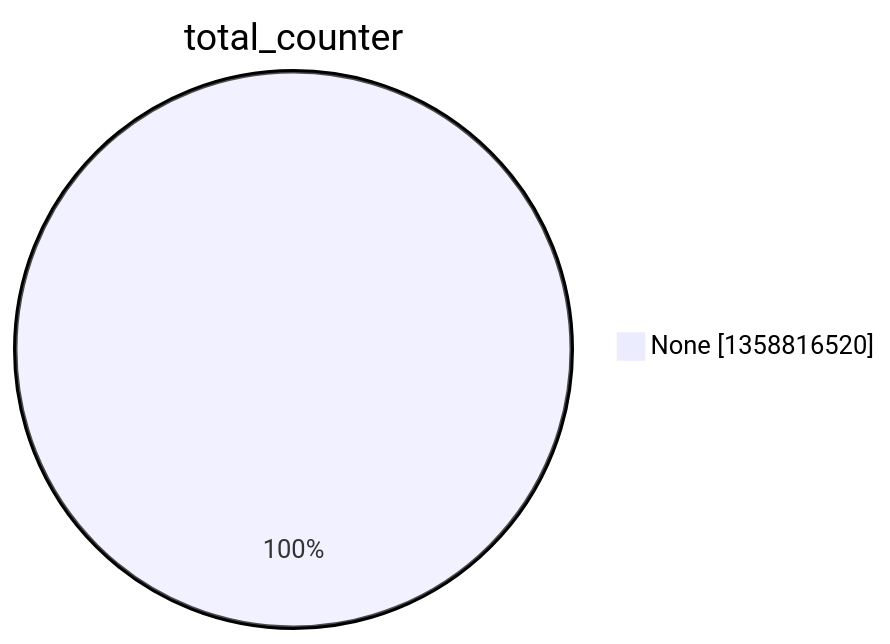
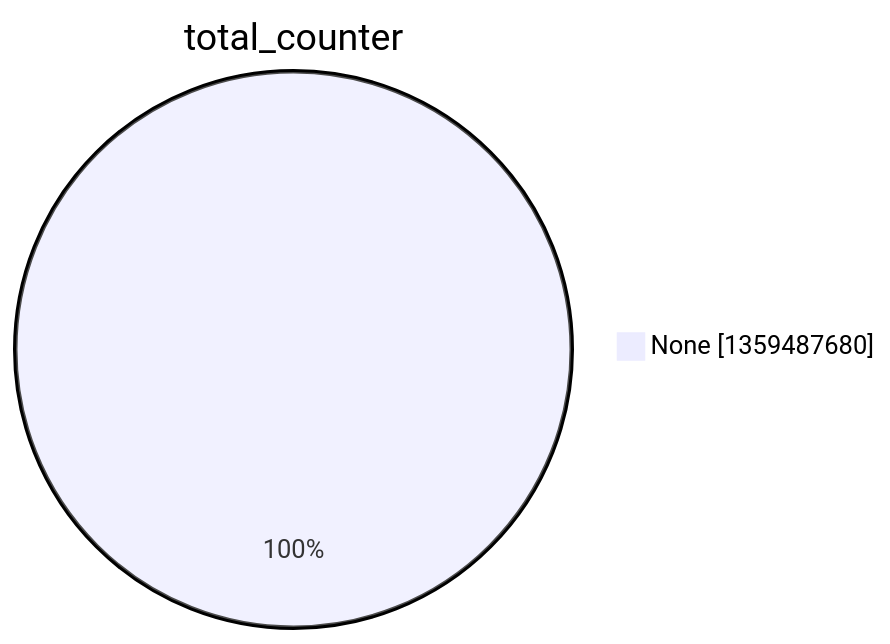
The second of 15 diagrams in argon2022/README.md (christiankrug/ctmonitor_visualization), drawn with Mermaid before and after one commit. The commit also changed other lines of this file, not shown here.

````diff
--- a/argon2022/README.md
+++ b/argon2022/README.md
@@ -9,5 +9,5 @@
 ```mermaid
 pie showData
 title total_counter
-"None" :1358816520
+"None" :1359487680
 ```
````
